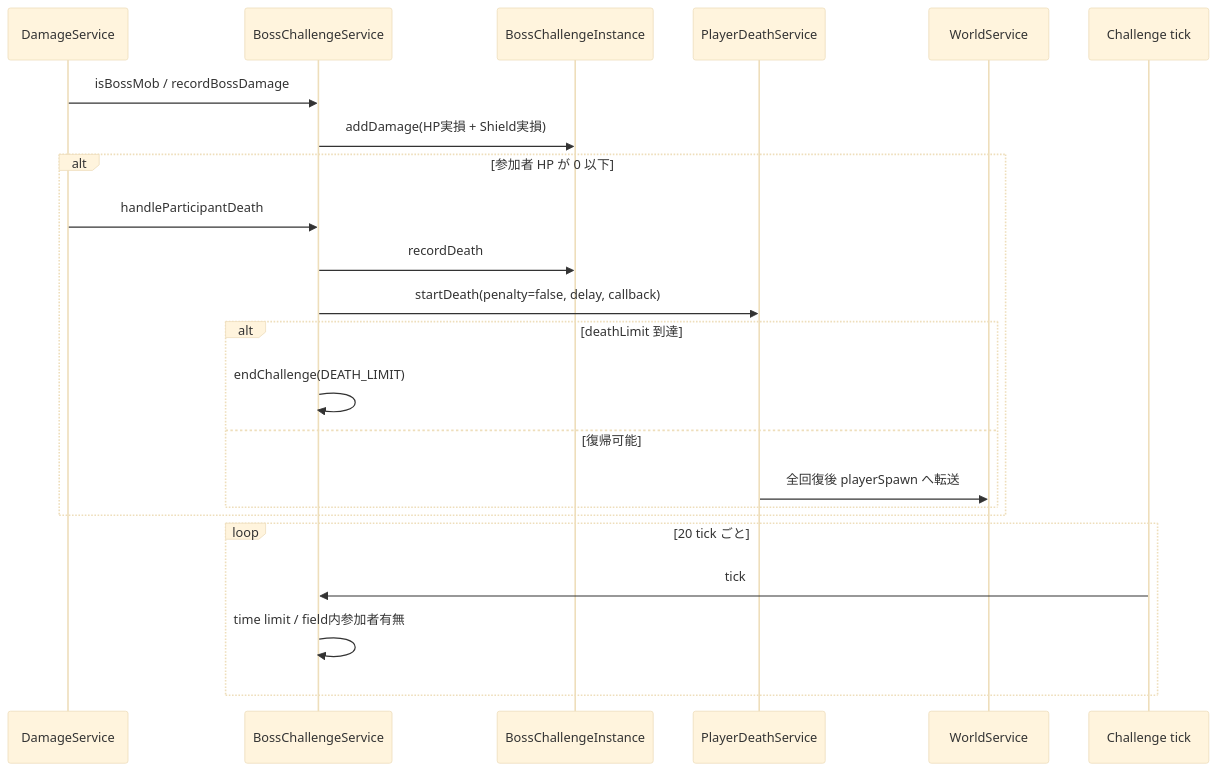
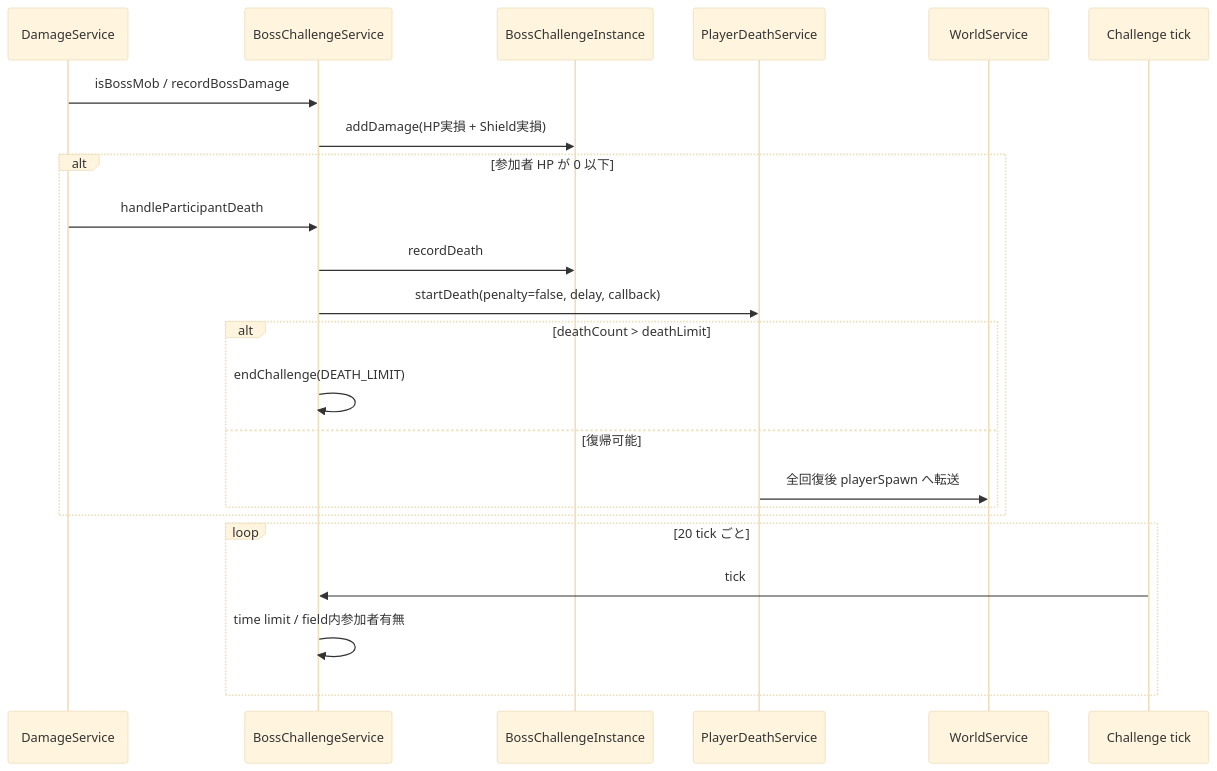
The third of 6 diagrams in 00_docs/10_Plugin設計書/feature/26-boss/26_4-統合フロー.md (maaasu/AstralRecord-Workspace), drawn with Mermaid (base theme) before and after one commit. The commit also changed other lines of this file and 53 other files, not shown here.

````diff
--- a/00_docs/10_Plugin設計書/feature/26-boss/26_4-統合フロー.md
+++ b/00_docs/10_Plugin設計書/feature/26-boss/26_4-統合フロー.md
@@ -88,26 +93,26 @@
 ```mermaid
 sequenceDiagram
     participant D as DamageService
     participant B as BossChallengeService
     participant C as BossChallengeInstance
     participant PDS as PlayerDeathService
     participant W as WorldService
     participant T as Challenge tick
 
     D->>B: isBossMob / recordBossDamage
     B->>C: addDamage(HP実損 + Shield実損)
     alt 参加者 HP が 0 以下
         D->>B: handleParticipantDeath
         B->>C: recordDeath
         B->>PDS: startDeath(penalty=false, delay, callback)
-        alt deathLimit 到達
+        alt deathCount > deathLimit
             B->>B: endChallenge(DEATH_LIMIT)
         else 復帰可能
             PDS->>W: 全回復後 playerSpawn へ転送
         end
     end
     loop 20 tick ごと
         T->>B: tick
         B->>B: time limit / field内参加者有無
     end
 ```
````
